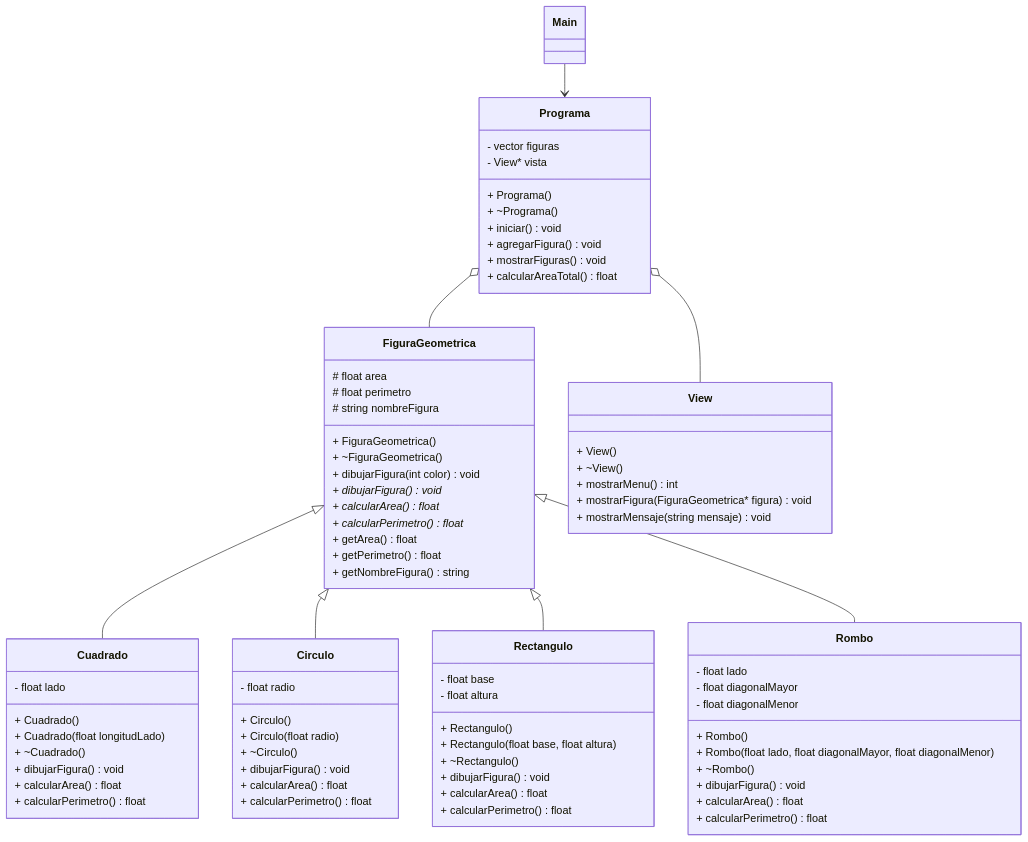
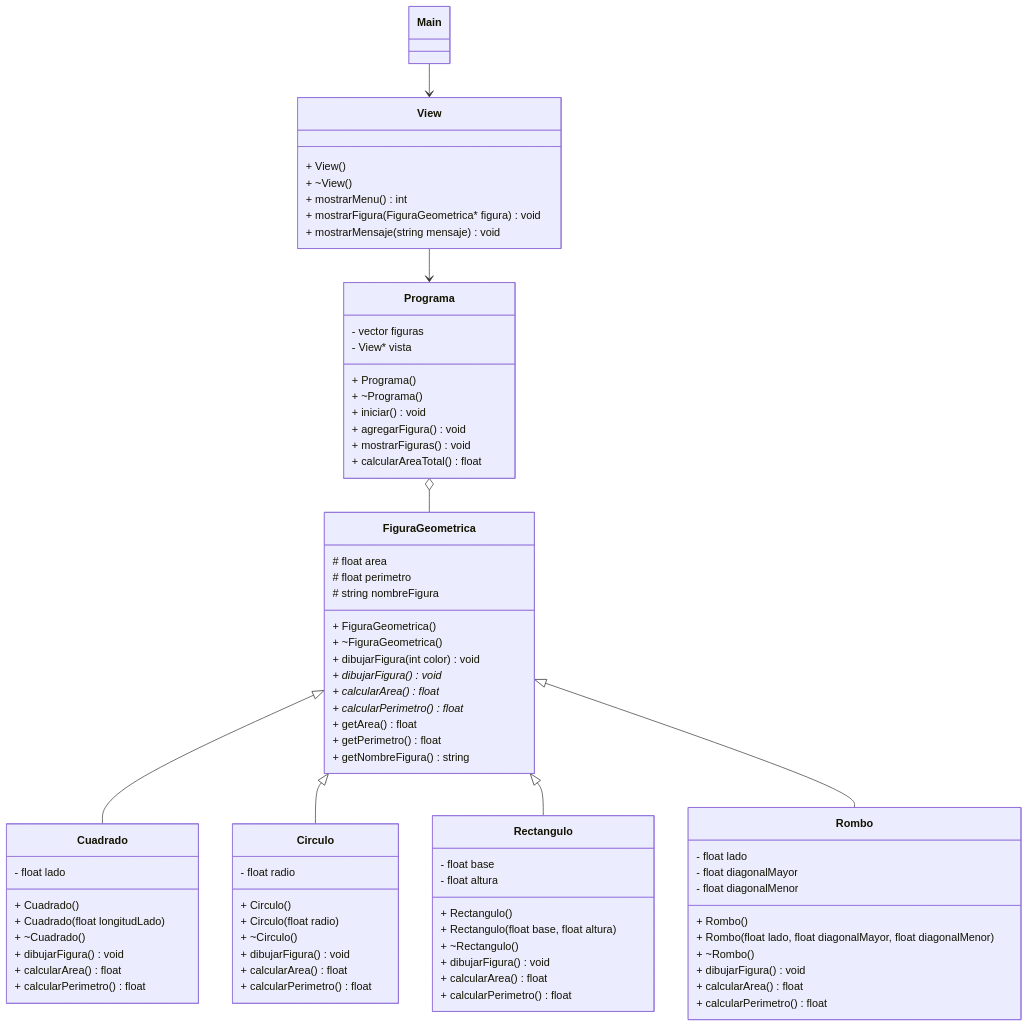
One commit to 300CIS017-Object-Oriented-Programming/solucionHerenciaFigurasGeometricas changed the diagram in README.md. Above: the diagram before and after it, drawn with Mermaid.

Commit message:
MOD Mermaid diagram

```diff
--- a/README.md
+++ b/README.md
@@ -23,8 +23,8 @@
     FiguraGeometrica <|-- Rectangulo
     FiguraGeometrica <|-- Rombo
     Programa o-- FiguraGeometrica
-    Programa o-- View
-    Main --> Programa
+    View --> Programa
+    Main --> View
 
     class FiguraGeometrica {
         # float area
```
